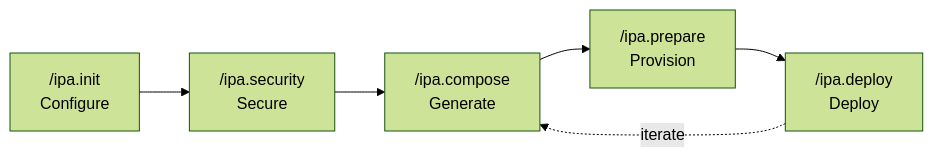
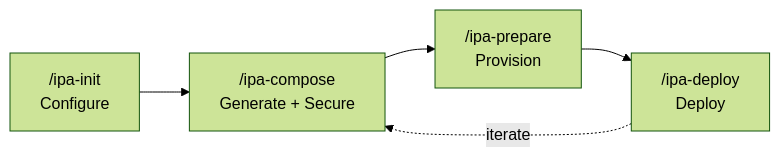
The diagram in docs/docs/getting-started/concepts/ipa-lifecycle.md (aws-samples/sample-innovation-patterns), drawn with Mermaid (forest theme) before and after one commit. The commit also changed other lines of this file and 131 other files, not shown here.

````diff
--- a/docs/docs/getting-started/concepts/ipa-lifecycle.md
+++ b/docs/docs/getting-started/concepts/ipa-lifecycle.md
@@ -12,8 +12,7 @@
 ```mermaid
 flowchart LR
-    A["/ipa.init\nConfigure"] --> B["/ipa.security\nSecure"]
-    B --> C["/ipa.compose\nGenerate"]
-    C --> D["/ipa.prepare\nProvision"]
-    D --> E["/ipa.deploy\nDeploy"]
-    E -.->|iterate| C
+    A["/ipa-init\nConfigure"] --> B["/ipa-compose\nGenerate + Secure"]
+    B --> C["/ipa-prepare\nProvision"]
+    C --> D["/ipa-deploy\nDeploy"]
+    D -.->|iterate| B
 ```
````
